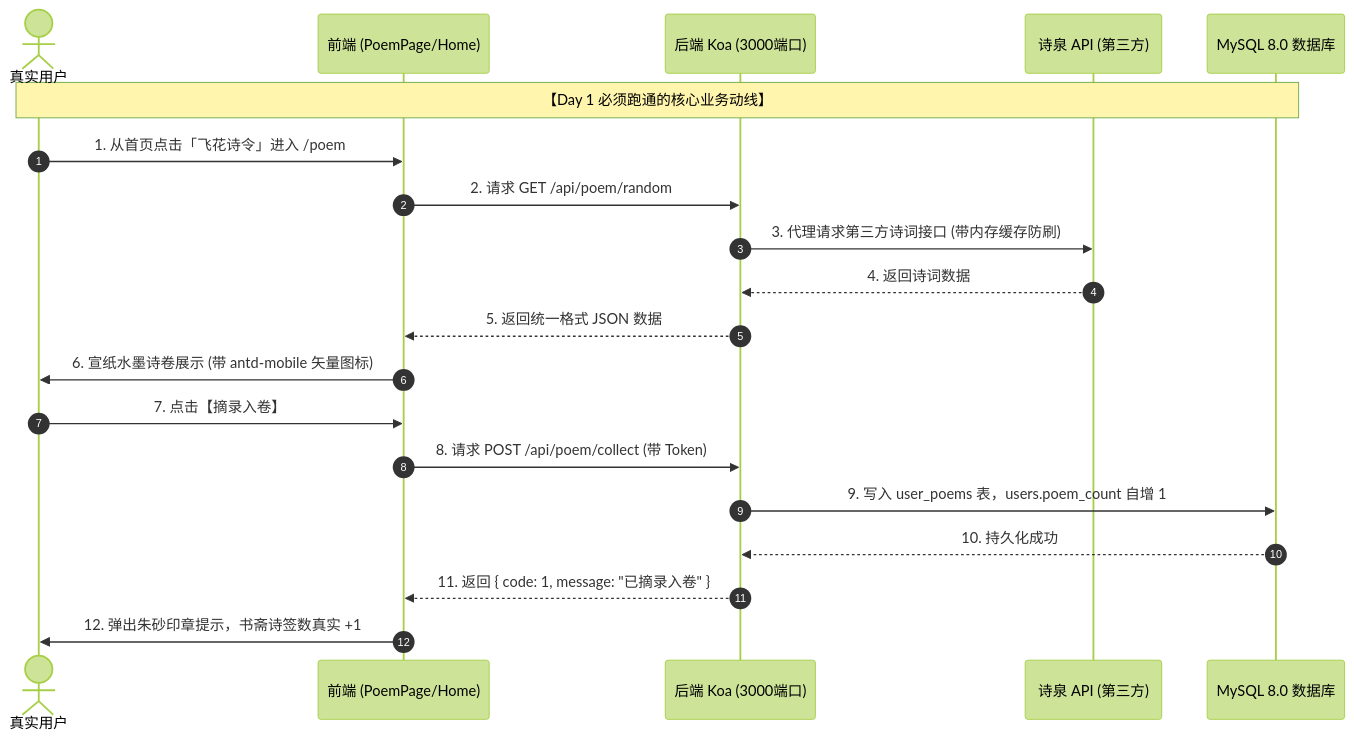
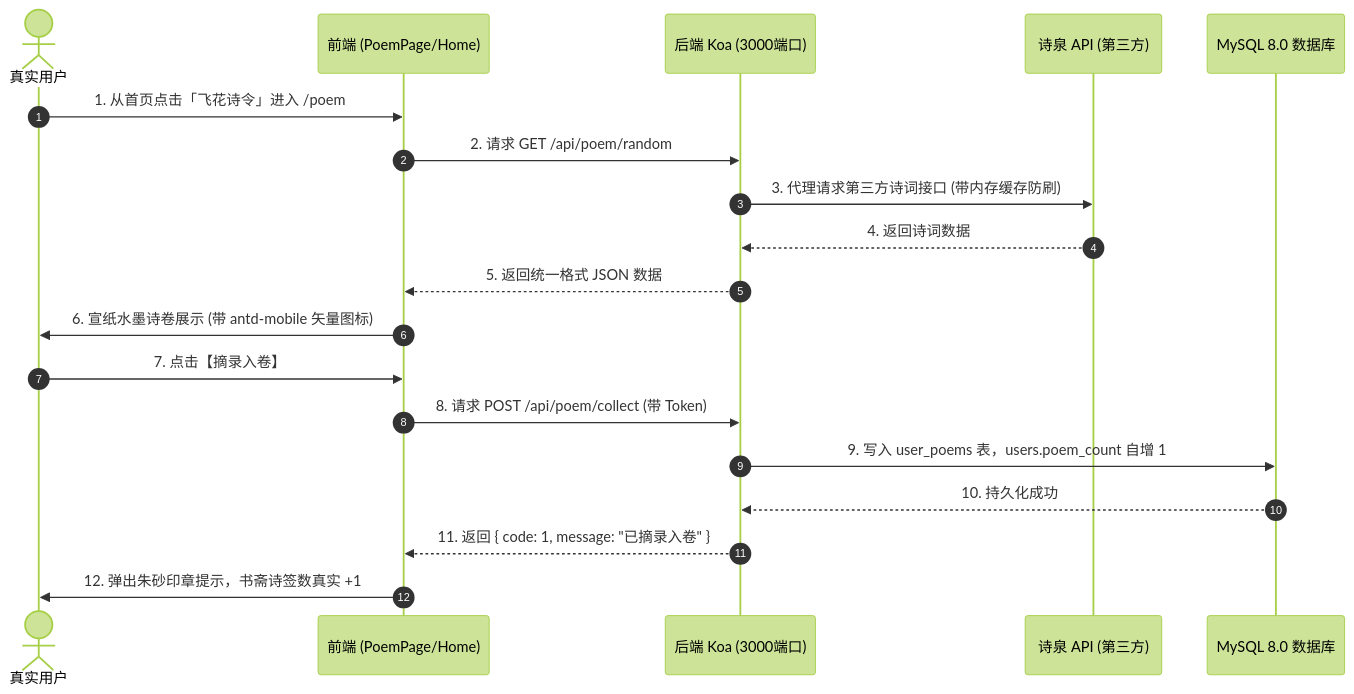
One commit to lakiday404/sino-wind changed the diagram in docs/TRD_DAY1.md. Above: the diagram before and after it, drawn with Mermaid (forest theme). The commit also changed other lines of this file and 1 other file, not shown here.

Commit message:
docs(trd): 更新Day 1 TRD，加入成员A与成员B第一阶段缺陷必修清单及队长图标规范

````diff
--- a/docs/TRD_DAY1.md
+++ b/docs/TRD_DAY1.md
@@ -15,23 +103,22 @@
 ```mermaid
 sequenceDiagram
     autonumber
     actor User as 真实用户
     participant Front as 前端 (PoemPage/Home)
     participant Back as 后端 Koa (3000端口)
     participant PoemAPI as 诗泉 API (第三方)
     participant DB as MySQL 8.0 数据库
 
-    Note over User,DB: 【Day 1 必须跑通的核心业务动线】
     User->>Front: 1. 从首页点击「飞花诗令」进入 /poem
     Front->>Back: 2. 请求 GET /api/poem/random
     Back->>PoemAPI: 3. 代理请求第三方诗词接口 (带内存缓存防刷)
     PoemAPI-->>Back: 4. 返回诗词数据
     Back-->>Front: 5. 返回统一格式 JSON 数据
     Front->>User: 6. 宣纸水墨诗卷展示 (带 antd-mobile 矢量图标)
     User->>Front: 7. 点击【摘录入卷】
     Front->>Back: 8. 请求 POST /api/poem/collect (带 Token)
     Back->>DB: 9. 写入 user_poems 表，users.poem_count 自增 1
     DB-->>Back: 10. 持久化成功
     Back-->>Front: 11. 返回 { code: 1, message: "已摘录入卷" }
     Front->>User: 12. 弹出朱砂印章提示，书斋诗签数真实 +1
 ```
````
